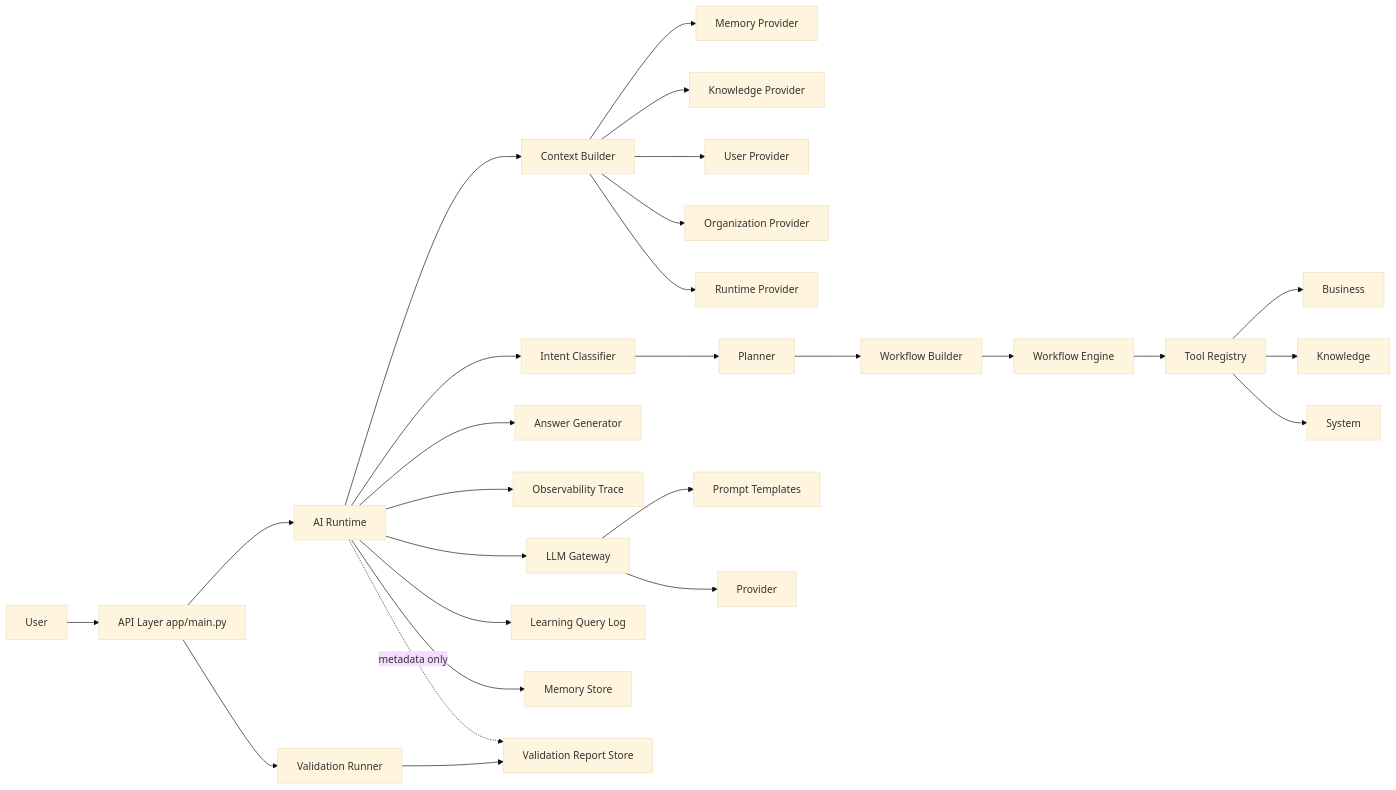
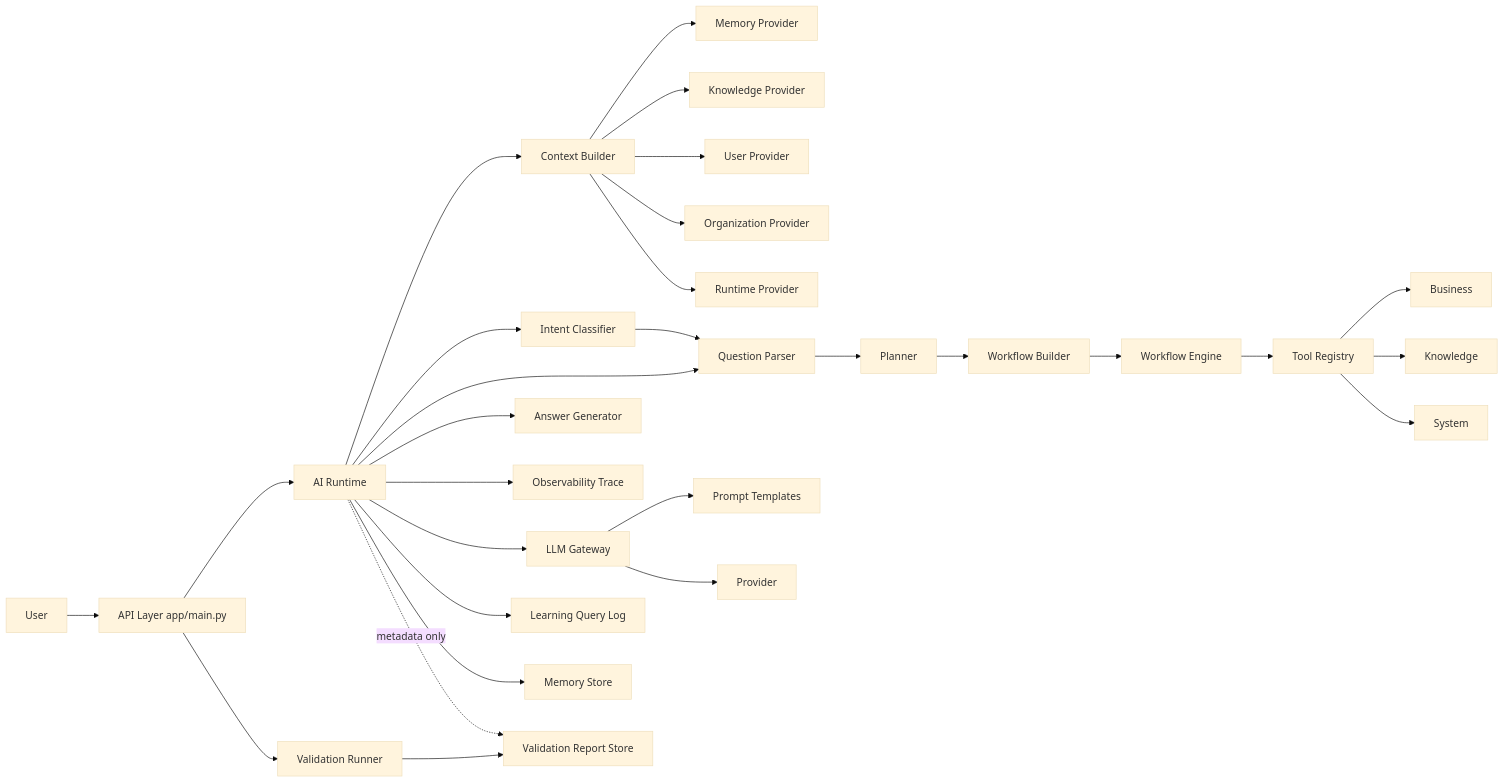
Before and after one commit to takagoshi-beep/logs-ai-platform: the first of 4 diagrams in docs/architecture.md, drawn with Mermaid (base theme). The commit also changed other lines of this file and 127 other files, not shown here.

````diff
--- a/docs/architecture.md
+++ b/docs/architecture.md
@@ -121,29 +127,31 @@
 ```mermaid
 flowchart LR
   U[User] --> API[API Layer app/main.py]
   API --> RT[AI Runtime]
   API --> VAL[Validation Runner]
   RT --> CTX[Context Builder]
   RT --> INT[Intent Classifier]
+  RT --> QST[Question Parser]
   CTX --> MEM[Memory Provider]
   CTX --> KCTX[Knowledge Provider]
   CTX --> UCTX[User Provider]
   CTX --> ORG[Organization Provider]
   CTX --> RCTX[Runtime Provider]
-  INT --> PL[Planner]
+  INT --> QST
+  QST --> PL[Planner]
   PL --> WF[Workflow Builder]
   WF --> WFE[Workflow Engine]
   WFE --> TR[Tool Registry]
   TR --> BIZ[Business]
   TR --> KNO[Knowledge]
   TR --> SYS[System]
   RT --> ANS[Answer Generator]
   RT --> OBS[Observability Trace]
   RT --> GW[LLM Gateway]
   GW --> PR[Prompt Templates]
   GW --> LLM[Provider]
   RT --> LRN[Learning Query Log]
   RT --> MEMW[Memory Store]
   VAL --> VREP[Validation Report Store]
   RT -. metadata only .-> VREP
 ```
````
